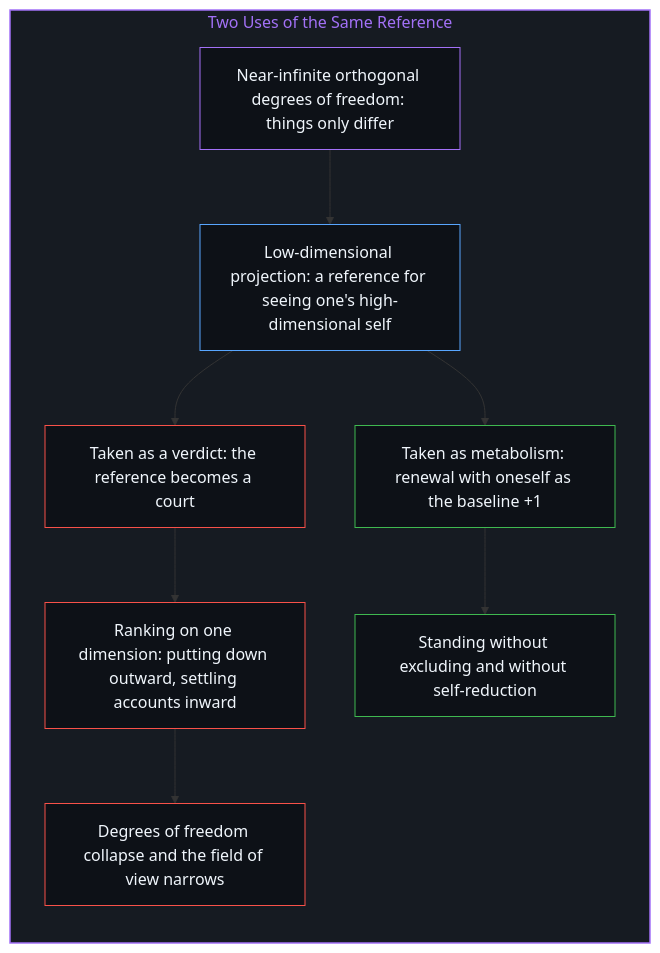
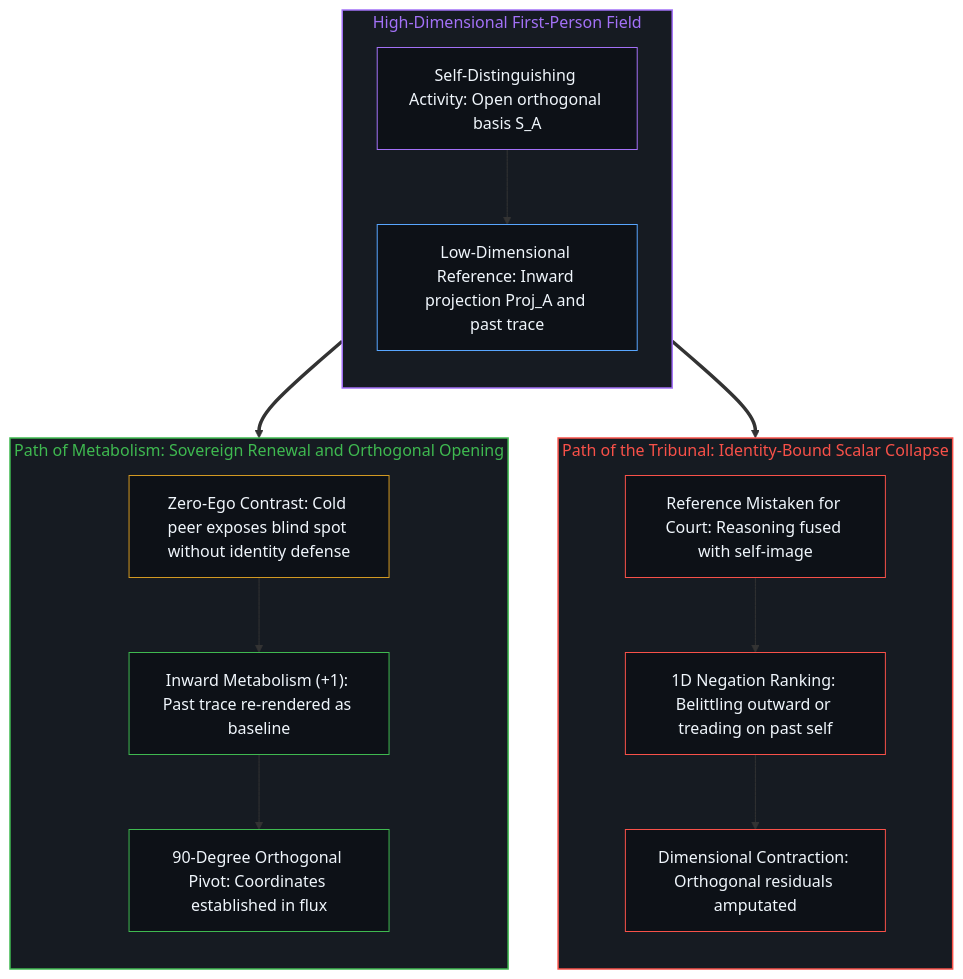
Before and after one commit to powerpig99/not-a-toe: the second of 2 diagrams in content/posts/coordinates-in-flux-negation-and-self-anchoring.md, drawn with Mermaid. The commit also changed other lines of this file and 1 other file, not shown here.

Commit message:
Refine coordinates-in-flux-negation-and-self-anchoring (Wave 3 L2 #136)

````diff
--- a/content/posts/coordinates-in-flux-negation-and-self-anchoring.md
+++ b/content/posts/coordinates-in-flux-negation-and-self-anchoring.md
@@ -84,28 +92,40 @@
 ```mermaid
 flowchart TD
-    subgraph S_Collapse["Two Uses of the Same Reference"]
+    subgraph S_Ground["High-Dimensional First-Person Field"]
         direction TB
-        Base["Near-infinite orthogonal degrees of freedom: things only differ"]
-        Map["Low-dimensional projection: a reference for seeing one's high-dimensional self"]
-        Court["Taken as a verdict: the reference becomes a court"]
-        Rank["Ranking on one dimension: putting down outward, settling accounts inward"]
-        Fold["Degrees of freedom collapse and the field of view narrows"]
-        Metabolize["Taken as metabolism: renewal with oneself as the baseline +1"]
-        Stand["Standing without excluding and without self-reduction"]
-        Base --> Map
-        Map --> Court
-        Court --> Rank
-        Rank --> Fold
-        Map --> Metabolize
-        Metabolize --> Stand
+        Prior["Self-Distinguishing Activity: Open orthogonal basis S_A"]
+        Proj["Low-Dimensional Reference: Inward projection Proj_A and past trace"]
+        Prior --> Proj
     end
 
-    style S_Collapse fill:#161b22,stroke:#a371f7,stroke-width:1.5px,color:#a371f7
-    style Base fill:#0d1117,stroke:#a371f7,stroke-width:1px,color:#f0f6fc
-    style Map fill:#0d1117,stroke:#58a6ff,stroke-width:1px,color:#f0f6fc
-    style Court fill:#0d1117,stroke:#f85149,stroke-width:1px,color:#f0f6fc
+    subgraph S_Tribunal["Path of the Tribunal: Identity-Bound Scalar Collapse"]
+        direction TB
+        Verdict["Reference Mistaken for Court: Reasoning fused with self-image"]
+        Rank["1D Negation Ranking: Belittling outward or treading on past self"]
+        Shrink["Dimensional Contraction: Orthogonal residuals amputated"]
+        Verdict --> Rank --> Shrink
+    end
+
+    subgraph S_Metabolic["Path of Metabolism: Sovereign Renewal and Orthogonal Opening"]
+        direction TB
+        AgentDiff["Zero-Ego Contrast: Cold peer exposes blind spot without identity defense"]
+        Step["Inward Metabolism (+1): Past trace re-rendered as baseline"]
+        Pivot["90-Degree Orthogonal Pivot: Coordinates established in flux"]
+        AgentDiff --> Step --> Pivot
+    end
+
+    Proj ==> Verdict
+    Proj ==> AgentDiff
+
+    style S_Ground fill:#161b22,stroke:#a371f7,stroke-width:1.5px,color:#a371f7
+    style S_Tribunal fill:#161b22,stroke:#f85149,stroke-width:1.5px,color:#f85149
+    style S_Metabolic fill:#161b22,stroke:#3fb950,stroke-width:1.5px,color:#3fb950
+    style Prior fill:#0d1117,stroke:#a371f7,stroke-width:1px,color:#f0f6fc
+    style Proj fill:#0d1117,stroke:#58a6ff,stroke-width:1px,color:#f0f6fc
+    style Verdict fill:#0d1117,stroke:#f85149,stroke-width:1px,color:#f0f6fc
     style Rank fill:#0d1117,stroke:#f85149,stroke-width:1px,color:#f0f6fc
-    style Fold fill:#0d1117,stroke:#f85149,stroke-width:1px,color:#f0f6fc
-    style Metabolize fill:#0d1117,stroke:#3fb950,stroke-width:1px,color:#f0f6fc
-    style Stand fill:#0d1117,stroke:#3fb950,stroke-width:1px,color:#f0f6fc
+    style Shrink fill:#0d1117,stroke:#f85149,stroke-width:1px,color:#f0f6fc
+    style AgentDiff fill:#0d1117,stroke:#d29922,stroke-width:1px,color:#f0f6fc
+    style Step fill:#0d1117,stroke:#3fb950,stroke-width:1px,color:#f0f6fc
+    style Pivot fill:#0d1117,stroke:#3fb950,stroke-width:1px,color:#f0f6fc
 ```
````
